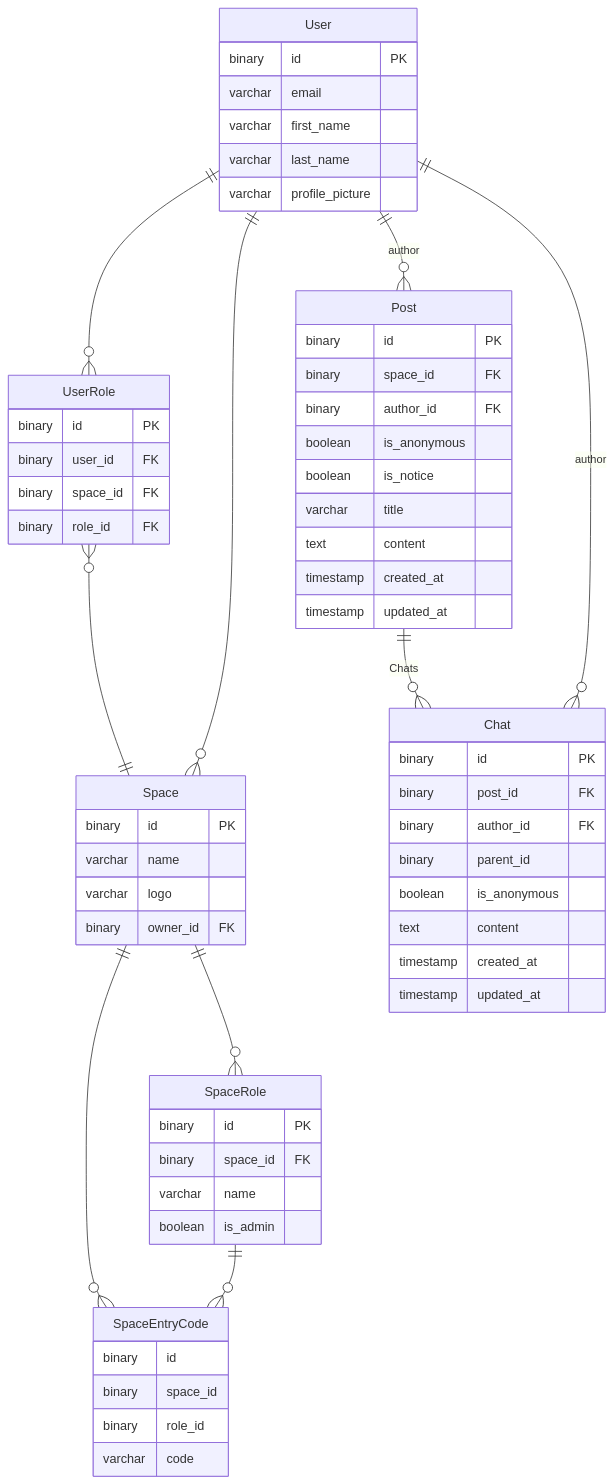
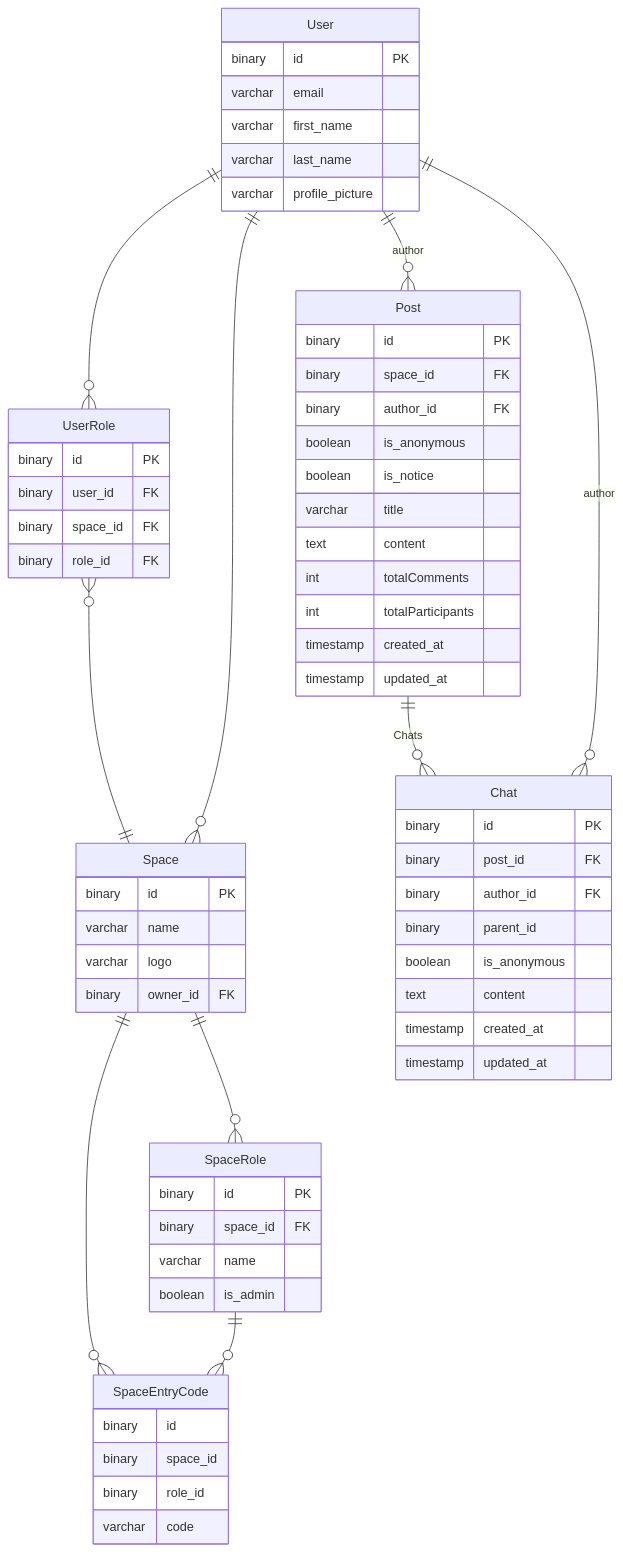
One commit to Dongkey-Dev/nestjs-space-room changed the diagram in README.md. Above: the diagram before and after it, drawn with Mermaid. The commit also changed other lines of this file and 6 other files, not shown here.

````diff
--- a/README.md
+++ b/README.md
@@ -1,74 +28,76 @@
 ```mermaid
 erDiagram
     User ||--o{ UserRole : ""
     UserRole }o--|| Space : ""
     Space ||--o{ SpaceRole : ""
     User ||--o{ Post : "author"
     Post ||--o{ Chat : "Chats"
 
     User ||--o{ Space : ""
     User ||--o{ Chat : "author"
 
     Space ||--o{ SpaceEntryCode : ""
     SpaceRole ||--o{ SpaceEntryCode : ""
 
 
     User {
         binary id PK
         varchar email
         varchar first_name
         varchar last_name
         varchar profile_picture
     }
 
     Space {
         binary id PK
         varchar name
         varchar logo
         binary owner_id FK
     }
 
     SpaceRole {
         binary id PK
         binary space_id FK
         varchar name
         boolean is_admin
     }
 
     SpaceEntryCode {
         binary id
         binary space_id
         binary role_id
         varchar code
     }
 
     UserRole {
         binary id PK
         binary user_id FK
         binary space_id FK
         binary role_id FK
     }
 
     Post {
         binary id PK
         binary space_id FK
         binary author_id FK
         boolean is_anonymous
         boolean is_notice
         varchar title
         text content
+        int totalComments
+        int totalParticipants
         timestamp created_at
         timestamp updated_at
     }
 
     Chat {
         binary id PK
         binary post_id FK
         binary author_id FK
         binary parent_id
         boolean is_anonymous
         text content
         timestamp created_at
         timestamp updated_at
     }
 ```
````
